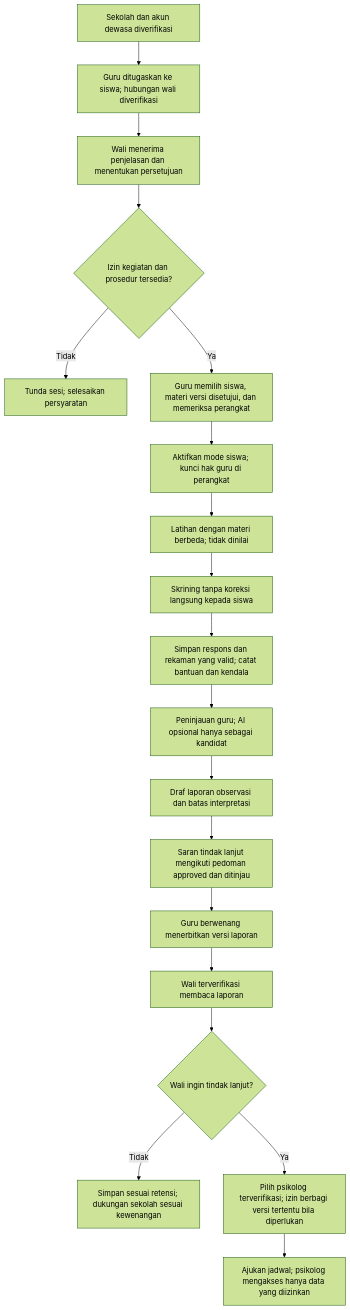
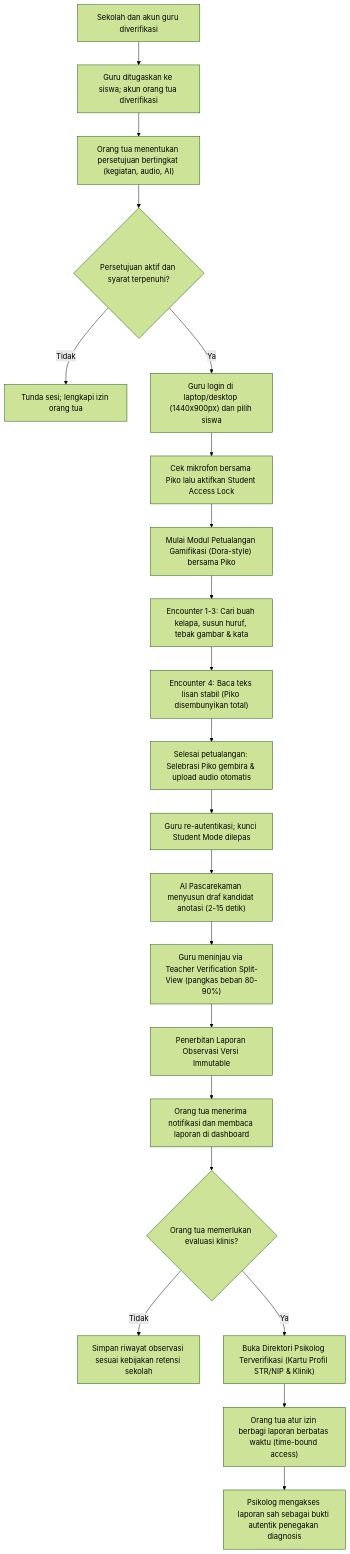
Before and after one commit to jajakiman/Dyscovery: the first of 6 diagrams in Docs/Dyscovery-Workflow.md, drawn with Mermaid (forest theme). The commit also changed other lines of this file and 3 other files, not shown here.

Commit message:
docs: sinkronisasi arsitektur final dan modul petualangan gamifikasi v1.3

````diff
--- a/Docs/Dyscovery-Workflow.md
+++ b/Docs/Dyscovery-Workflow.md
@@ -18,21 +24,23 @@
 ```mermaid
 flowchart TD
-    A["Sekolah dan akun dewasa diverifikasi"] --> B["Guru ditugaskan ke siswa; hubungan wali diverifikasi"]
-    B --> C["Wali menerima penjelasan dan menentukan persetujuan"]
-    C --> D{"Izin kegiatan dan prosedur tersedia?"}
-    D -->|Tidak| E["Tunda sesi; selesaikan persyaratan"]
-    D -->|Ya| F["Guru memilih siswa, materi versi disetujui, dan memeriksa perangkat"]
-    F --> G["Aktifkan mode siswa; kunci hak guru di perangkat"]
-    G --> H["Latihan dengan materi berbeda; tidak dinilai"]
-    H --> I["Skrining tanpa koreksi langsung kepada siswa"]
-    I --> J["Simpan respons dan rekaman yang valid; catat bantuan dan kendala"]
-    J --> K["Peninjauan guru; AI opsional hanya sebagai kandidat"]
-    K --> L["Draf laporan observasi dan batas interpretasi"]
-    L --> M["Saran tindak lanjut mengikuti pedoman approved dan ditinjau"]
-    M --> N["Guru berwenang menerbitkan versi laporan"]
-    N --> O["Wali terverifikasi membaca laporan"]
-    O --> P{"Wali ingin tindak lanjut?"}
-    P -->|Tidak| Q["Simpan sesuai retensi; dukungan sekolah sesuai kewenangan"]
-    P -->|Ya| R["Pilih psikolog terverifikasi; izin berbagi versi tertentu bila diperlukan"]
-    R --> S["Ajukan jadwal; psikolog mengakses hanya data yang diizinkan"]
+    A["Sekolah dan akun guru diverifikasi"] --> B["Guru ditugaskan ke siswa; akun orang tua diverifikasi"]
+    B --> C["Orang tua menentukan persetujuan bertingkat (kegiatan, audio, AI)"]
+    C --> D{"Persetujuan aktif dan syarat terpenuhi?"}
+    D -->|Tidak| E["Tunda sesi; lengkapi izin orang tua"]
+    D -->|Ya| F["Guru login di laptop/desktop (1440x900px) dan pilih siswa"]
+    F --> G["Cek mikrofon bersama Piko lalu aktifkan Student Access Lock"]
+    G --> H["Mulai Modul Petualangan Gamifikasi (Dora-style) bersama Piko"]
+    H --> I["Encounter 1-3: Cari buah kelapa, susun huruf, tebak gambar & kata"]
+    I --> J["Encounter 4: Baca teks lisan stabil (Piko disembunyikan total)"]
+    J --> K["Selesai petualangan: Selebrasi Piko gembira & upload audio otomatis"]
+    K --> L["Guru re-autentikasi; kunci Student Mode dilepas"]
+    L --> M["AI Pascarekaman menyusun draf kandidat anotasi (2-15 detik)"]
+    M --> N["Guru meninjau via Teacher Verification Split-View (pangkas beban 80-90%)"]
+    N --> O["Penerbitan Laporan Observasi Versi Immutable"]
+    O --> P["Orang tua menerima notifikasi dan membaca laporan di dashboard"]
+    P --> Q{"Orang tua memerlukan evaluasi klinis?"}
+    Q -->|Tidak| R["Simpan riwayat observasi sesuai kebijakan retensi sekolah"]
+    Q -->|Ya| S["Buka Direktori Psikolog Terverifikasi (Kartu Profil STR/NIP & Klinik)"]
+    S --> T["Orang tua atur izin berbagi laporan berbatas waktu (time-bound access)"]
+    T --> U["Psikolog mengakses laporan sah sebagai bukti autentik penegakan diagnosis"]
 ```
````
